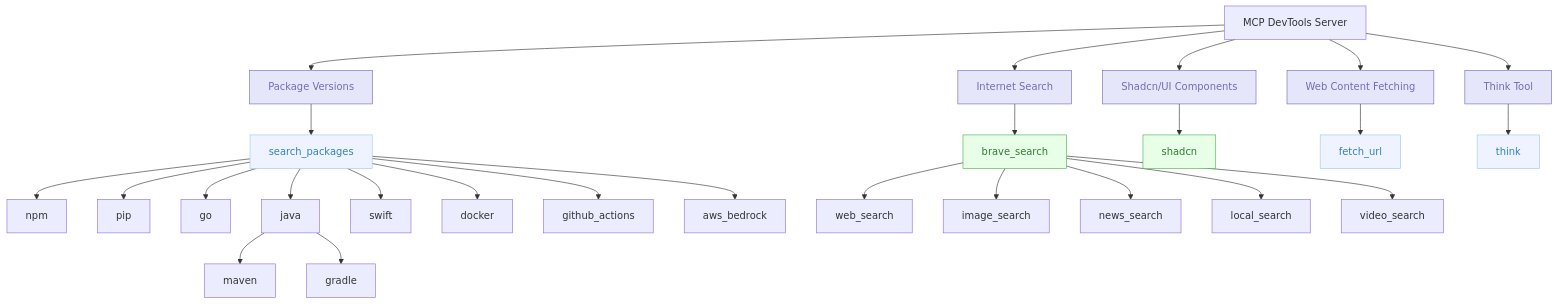
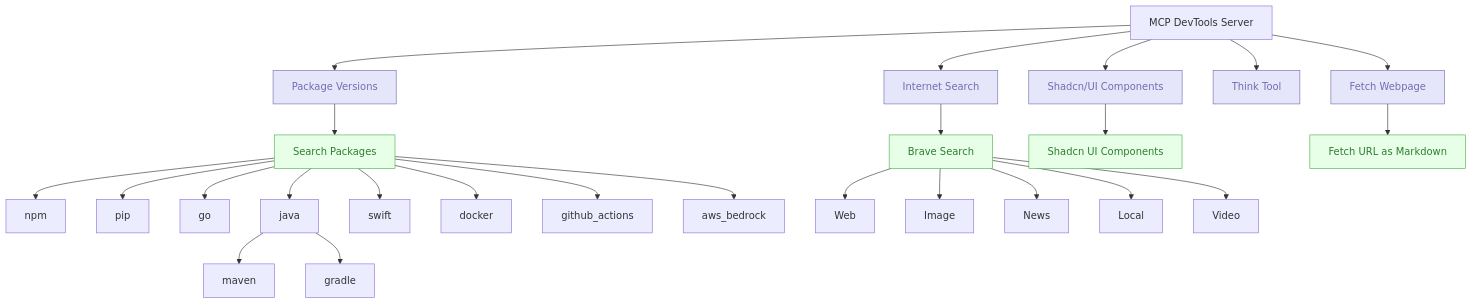
The diagram in README.md (sammcj/mcp-devtools), drawn with Mermaid before and after one commit.

Commit message:
minor updates

````diff
--- a/README.md
+++ b/README.md
@@ -7,42 +7,39 @@
 ```mermaid
 graph TD
     A[MCP DevTools Server] --> B[Package Versions]
     A --> C[Internet Search]
-    A --> D[Shadcn/UI Components]
-    A --> E[Web Content Fetching]
-    A --> F[Think Tool]
+    A --> D[Fetch Webpage]
+    A --> E[Think Tool]
+    A --> F[Shadcn/UI Components]
 
-    B --> B1[search_packages]
-
+    B --> B1[Search Packages]
     B1 --> B1A[npm]
     B1 --> B1B[pip]
     B1 --> B1C[go]
     B1 --> B1D[java]
     B1 --> B1E[swift]
     B1 --> B1F[docker]
     B1 --> B1G[github_actions]
     B1 --> B1H[aws_bedrock]
     B1D --> B1D1[maven]
     B1D --> B1D2[gradle]
 
-    C --> C1[brave_search]
-    C1 --> C1A[web_search]
-    C1 --> C1B[image_search]
-    C1 --> C1C[news_search]
-    C1 --> C1D[local_search]
-    C1 --> C1E[video_search]
+    C --> C1[Brave Search]
+    C1 --> C1A[Web]
+    C1 --> C1B[Image]
+    C1 --> C1C[News]
+    C1 --> C1D[Local]
+    C1 --> C1E[Video]
 
-    D --> D1[shadcn]
+    F --> F1[Shadcn UI Components]
 
-    E --> E1[fetch_url]
-
-    F --> F1[think]
+    D --> D1[Fetch URL as Markdown]
 
     classDef toolCategory fill:#E6E6FA,stroke:#756BB1,color:#756BB1
     classDef tool fill:#EFF3FF,stroke:#9ECAE1,color:#3182BD
-    classDef unifiedTool fill:#E6FFE6,stroke:#4CAF50,color:#2E7D32
+    classDef searchTool fill:#E6FFE6,stroke:#4CAF50,color:#2E7D32
 
     class B,C,D,E,F toolCategory
     class B1,B2,E1,F1 tool
-    class C1,D1 unifiedTool
+    class B1,C1,D1,F1 searchTool
 ```
````
